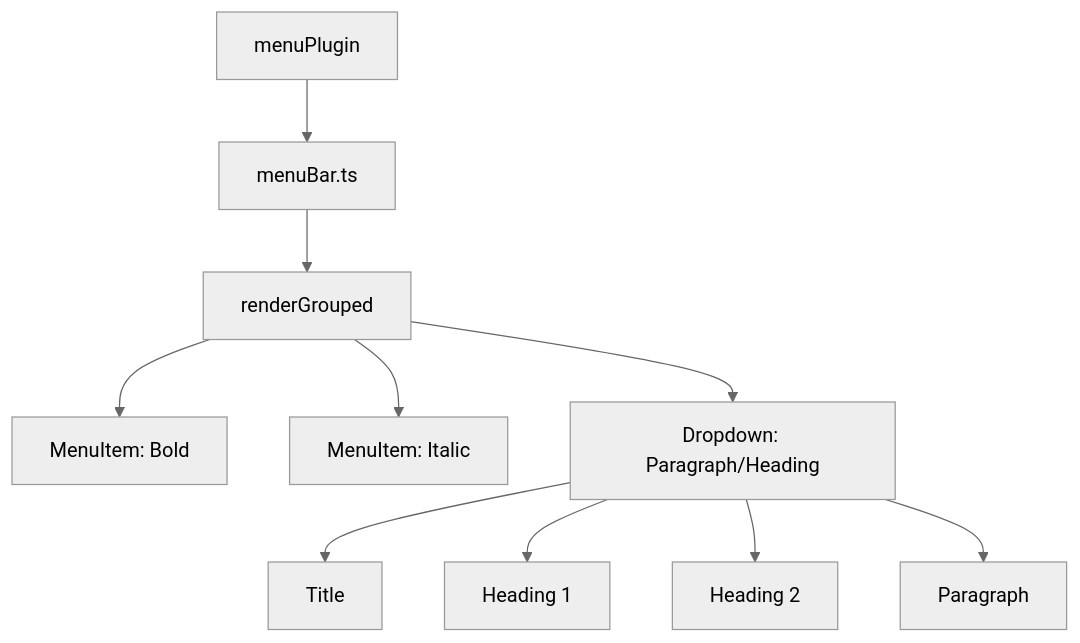
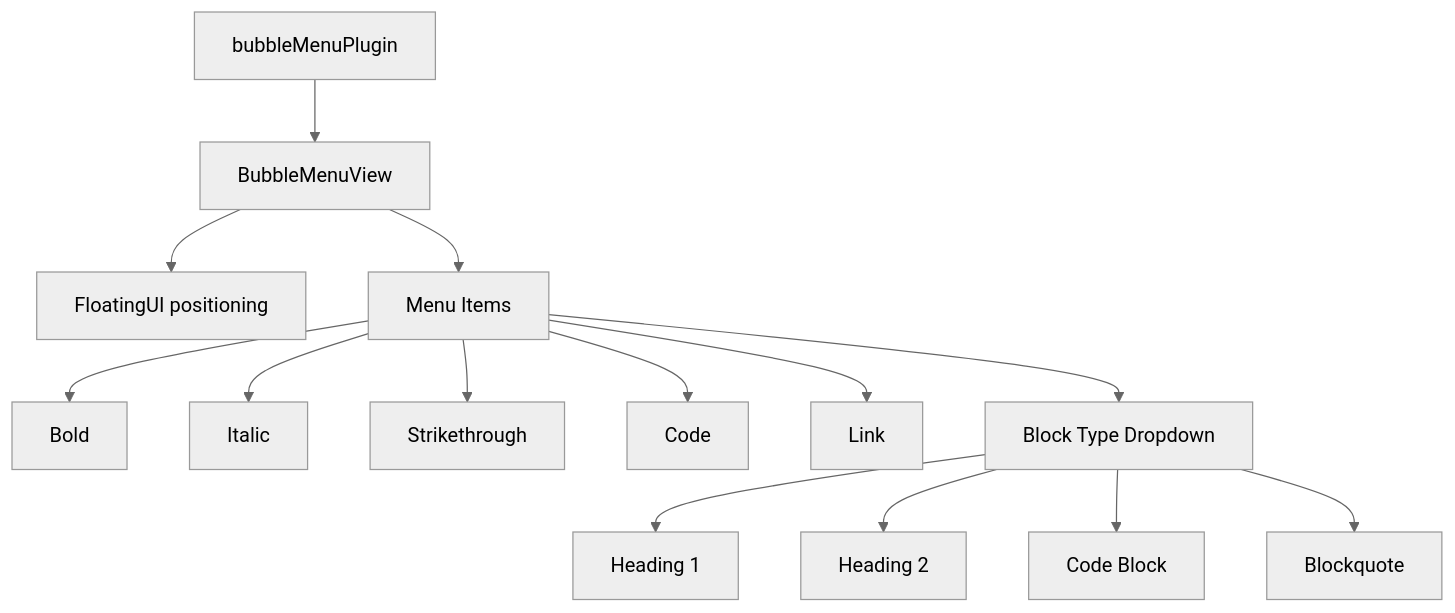
The sixth of 9 diagrams in services/web-ui/src/components/proseMirror/README.md (Lixpi/lixpi), drawn with Mermaid (neutral theme) before and after one commit. The commit also changed other lines of this file and 28 other files, not shown here.

````diff
--- a/services/web-ui/src/components/proseMirror/README.md
+++ b/services/web-ui/src/components/proseMirror/README.md
@@ -186,12 +189,16 @@
 ```mermaid
 graph TD
-  M[menuPlugin] --> MB[menuBar.ts]
-  MB --> RG[renderGrouped]
-  RG --> I1[MenuItem: Bold]
-  RG --> I2[MenuItem: Italic]
-  RG --> D1[Dropdown: Paragraph/Heading]
-  D1 --> H1[Title]
-  D1 --> H2[Heading 1]
-  D1 --> H3[Heading 2]
-  D1 --> P1[Paragraph]
+  BMP[bubbleMenuPlugin] --> BMV[BubbleMenuView]
+  BMV --> FUI[FloatingUI positioning]
+  BMV --> Items[Menu Items]
+  Items --> Bold
+  Items --> Italic
+  Items --> Strikethrough
+  Items --> Code
+  Items --> Link
+  Items --> Dropdown[Block Type Dropdown]
+  Dropdown --> H1[Heading 1]
+  Dropdown --> H2[Heading 2]
+  Dropdown --> CB[Code Block]
+  Dropdown --> BQ[Blockquote]
 ```
````
